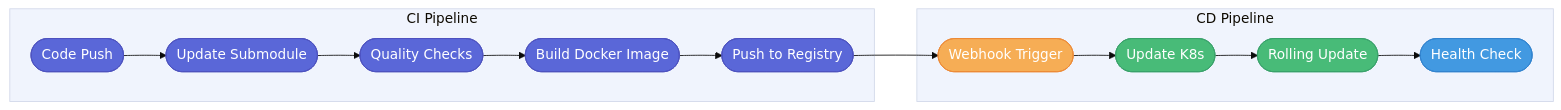
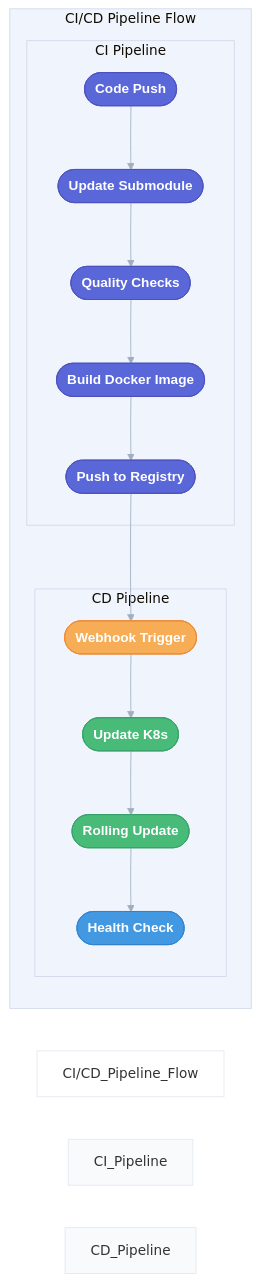
The first of 5 diagrams in README.md (DanorSODA/Devops-Course-Final-Project), drawn with Mermaid before and after one commit. The commit also changed other lines of this file, not shown here.

````diff
--- a/README.md
+++ b/README.md
@@ -41,21 +41,36 @@
 ```mermaid
-%%{init: {'theme': 'base', 'themeVariables': { 'primaryColor': '#5a67d8', 'edgeLabelBackground':'#ffffff', 'tertiaryColor': '#f0f4fd'}}}%%
+%%{init: {
+  'theme': 'base',
+  'themeVariables': {
+    'primaryColor': '#5a67d8',
+    'edgeLabelBackground':'#ffffff',
+    'tertiaryColor': '#f0f4fd',
+    'lineColor': '#a0aec0',
+    'fontFamily': 'arial',
+    'fontSize': '16px'
+  }
+}}%%
 graph LR
-    subgraph "CI Pipeline"
-        A([Code Push]):::action --> B([Update Submodule]):::action
-        B --> C([Quality Checks]):::action
-        C --> D([Build Docker Image]):::action
-        D --> E([Push to Registry]):::action
-    end
-    subgraph "CD Pipeline"
-        E --> F([Webhook Trigger]):::trigger
-        F --> G([Update K8s]):::deploy
-        G --> H([Rolling Update]):::deploy
-        H --> I([Health Check]):::status
+    subgraph "CI/CD Pipeline Flow"
+        style CI/CD_Pipeline_Flow fill:#ffffff,stroke:#e2e8f0
+        subgraph "CI Pipeline"
+            style CI_Pipeline fill:#f8fafc,stroke:#e2e8f0
+            A([Code Push]):::action --> B([Update Submodule]):::action
+            B --> C([Quality Checks]):::action
+            C --> D([Build Docker Image]):::action
+            D --> E([Push to Registry]):::action
+        end
+        subgraph "CD Pipeline"
+            style CD_Pipeline fill:#f8fafc,stroke:#e2e8f0
+            E --> F([Webhook Trigger]):::trigger
+            F --> G([Update K8s]):::deploy
+            G --> H([Rolling Update]):::deploy
+            H --> I([Health Check]):::status
+        end
     end
 
-    classDef action fill:#5a67d8,stroke:#4c51bf,color:#fff
-    classDef trigger fill:#f6ad55,stroke:#ed8936,color:#fff
-    classDef deploy fill:#48bb78,stroke:#38a169,color:#fff
-    classDef status fill:#4299e1,stroke:#3182ce,color:#fff
+    classDef action fill:#5a67d8,stroke:#4c51bf,color:#fff,font-family:arial,font-weight:bold
+    classDef trigger fill:#f6ad55,stroke:#ed8936,color:#fff,font-family:arial,font-weight:bold
+    classDef deploy fill:#48bb78,stroke:#38a169,color:#fff,font-family:arial,font-weight:bold
+    classDef status fill:#4299e1,stroke:#3182ce,color:#fff,font-family:arial,font-weight:bold
 ```
````
